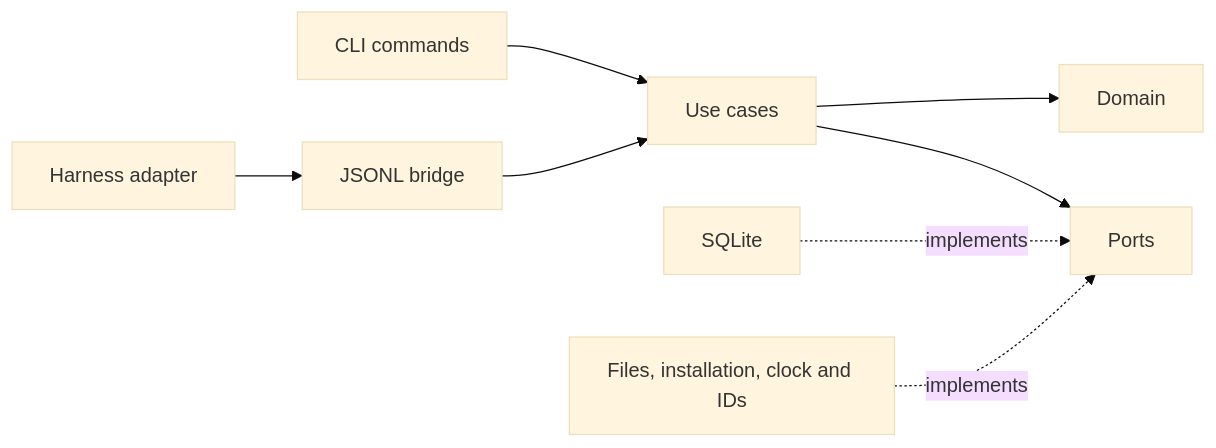
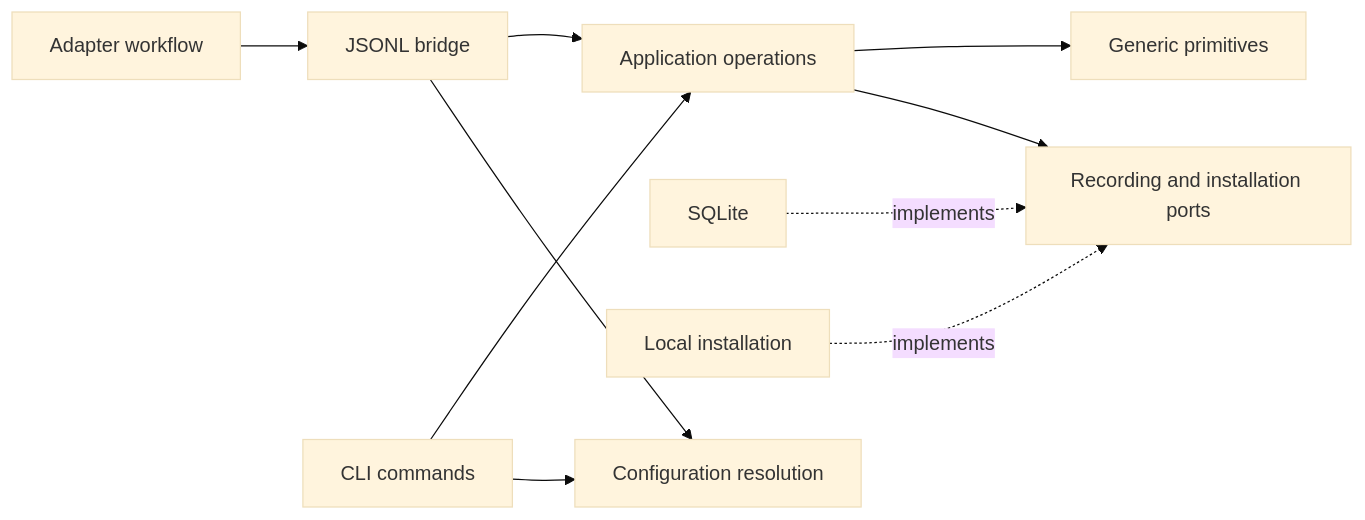
Before and after one commit to xpersh/xper: the diagram in docs/architecture.md, drawn with Mermaid (base theme). The commit also changed other lines of this file and 89 other files, not shown here.

````diff
--- a/docs/architecture.md
+++ b/docs/architecture.md
@@ -12,10 +12,12 @@
 ```mermaid
 flowchart LR
-    Adapter[Harness adapter] --> Bridge[JSONL bridge]
-    Terminal[CLI commands] --> Cases[Use cases]
+    Adapter[Adapter workflow] --> Bridge[JSONL bridge]
+    Terminal[CLI commands] --> Cases[Application operations]
     Bridge --> Cases
-    Cases --> Domain[Domain]
-    Cases --> Ports[Ports]
+    Cases --> Domain[Generic primitives]
+    Cases --> Ports[Recording and installation ports]
     SQLite[SQLite] -. implements .-> Ports
-    Local[Files, installation, clock and IDs] -. implements .-> Ports
+    Local[Local installation] -. implements .-> Ports
+    Bridge --> Config[Configuration resolution]
+    Terminal --> Config
 ```
````
